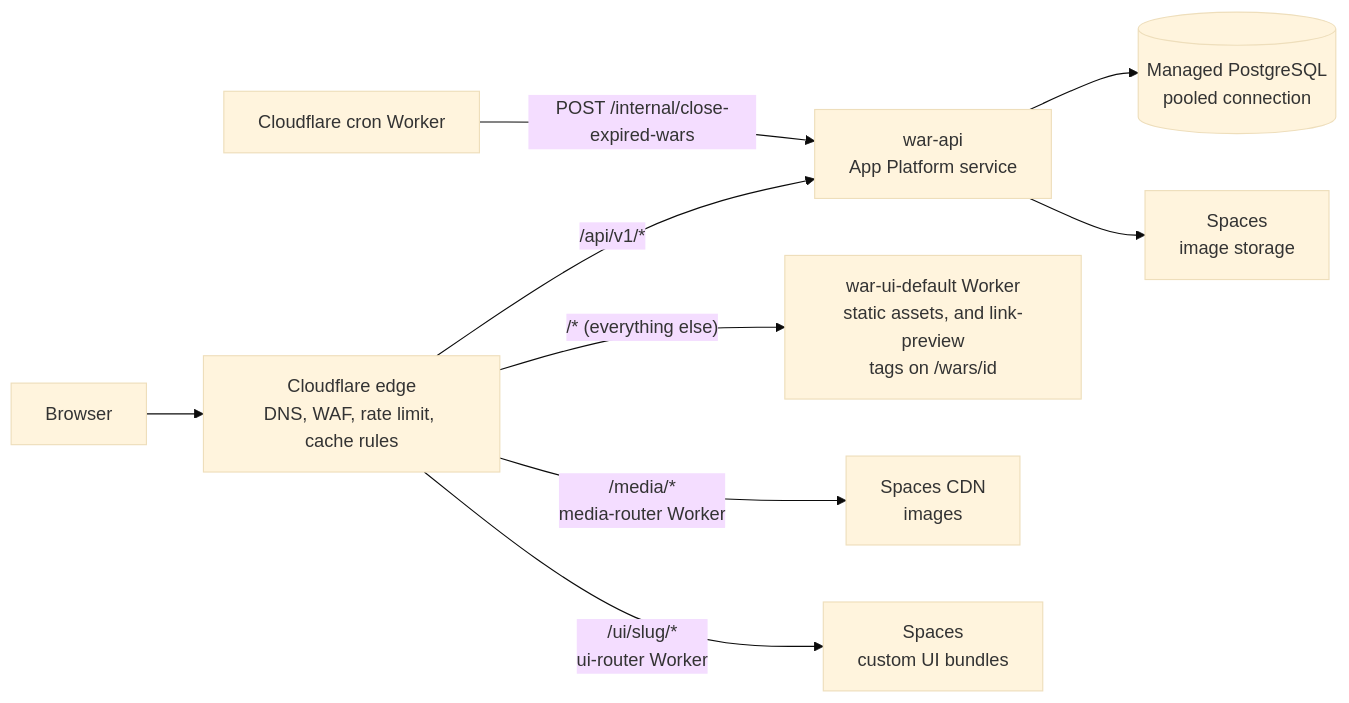
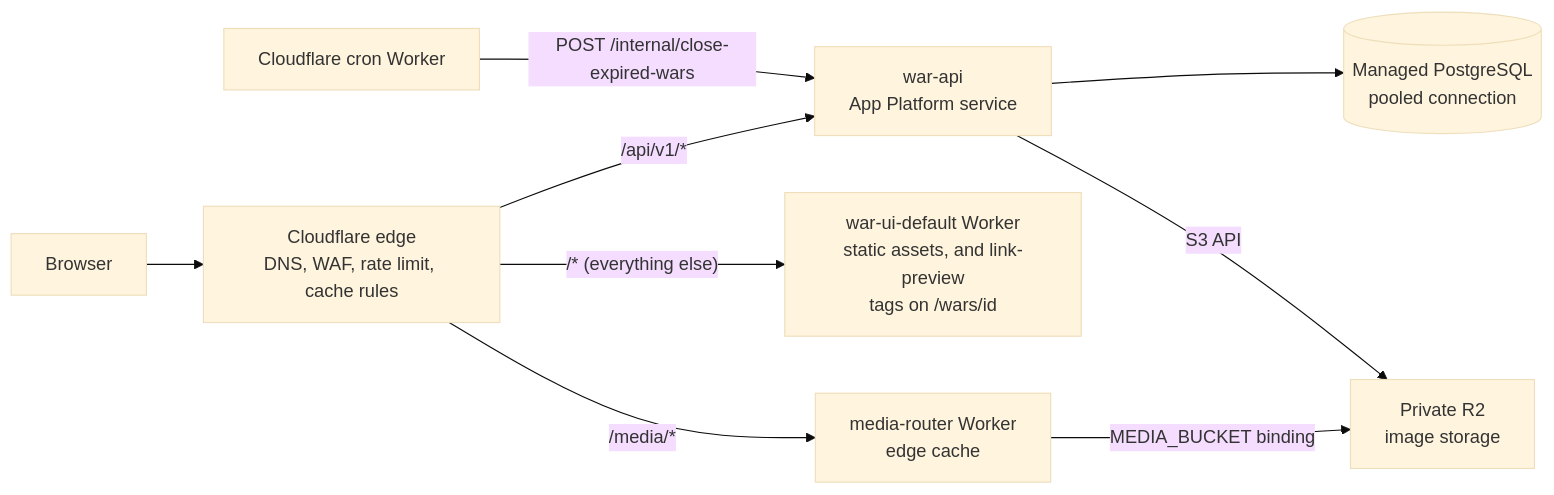
Before and after one commit to tadams1138/war: the diagram in README.md, drawn with Mermaid (base theme). The commit also changed other lines of this file and 24 other files, not shown here.

First line of the commit message:
feat: move media storage from Spaces to Cloudflare R2

````diff
--- a/README.md
+++ b/README.md
@@ -32,11 +31,11 @@
 ```mermaid
 flowchart LR
   B[Browser] --> CF["Cloudflare edge<br/>DNS, WAF, rate limit, cache rules"]
   CF -->|"/api/v1/*"| API["war-api<br/>App Platform service"]
   CF -->|"/* (everything else)"| UI["war-ui-default Worker<br/>static assets, and link-preview<br/>tags on /wars/id"]
-  CF -->|"/media/*<br/>media-router Worker"| CDN["Spaces CDN<br/>images"]
-  CF -->|"/ui/slug/*<br/>ui-router Worker"| CUI["Spaces<br/>custom UI bundles"]
+  CF -->|"/media/*"| MEDIA["media-router Worker<br/>edge cache"]
+  MEDIA -->|"MEDIA_BUCKET binding"| R2["Private R2<br/>image storage"]
   API --> PG[("Managed PostgreSQL<br/>pooled connection")]
-  API --> SP["Spaces<br/>image storage"]
+  API -->|"S3 API"| R2
   CRON["Cloudflare cron Worker"] -->|"POST /internal/close-expired-wars"| API
 ```
````
